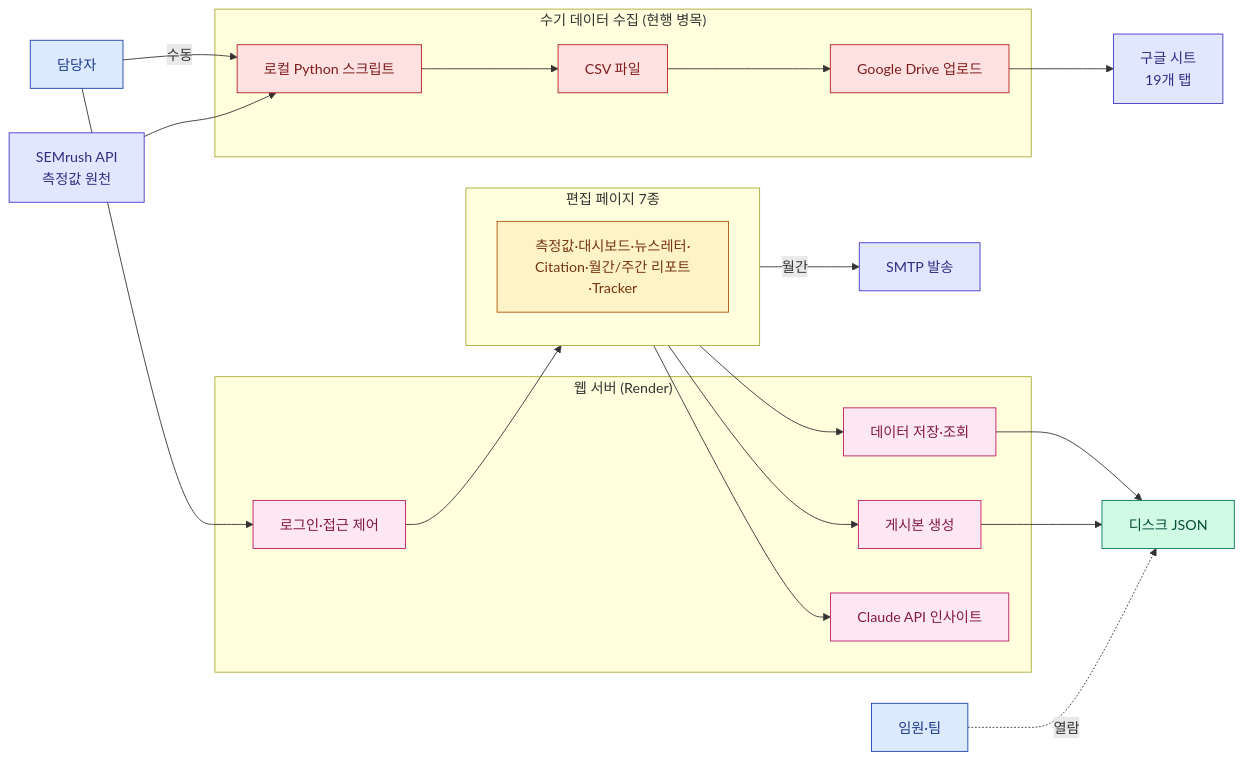
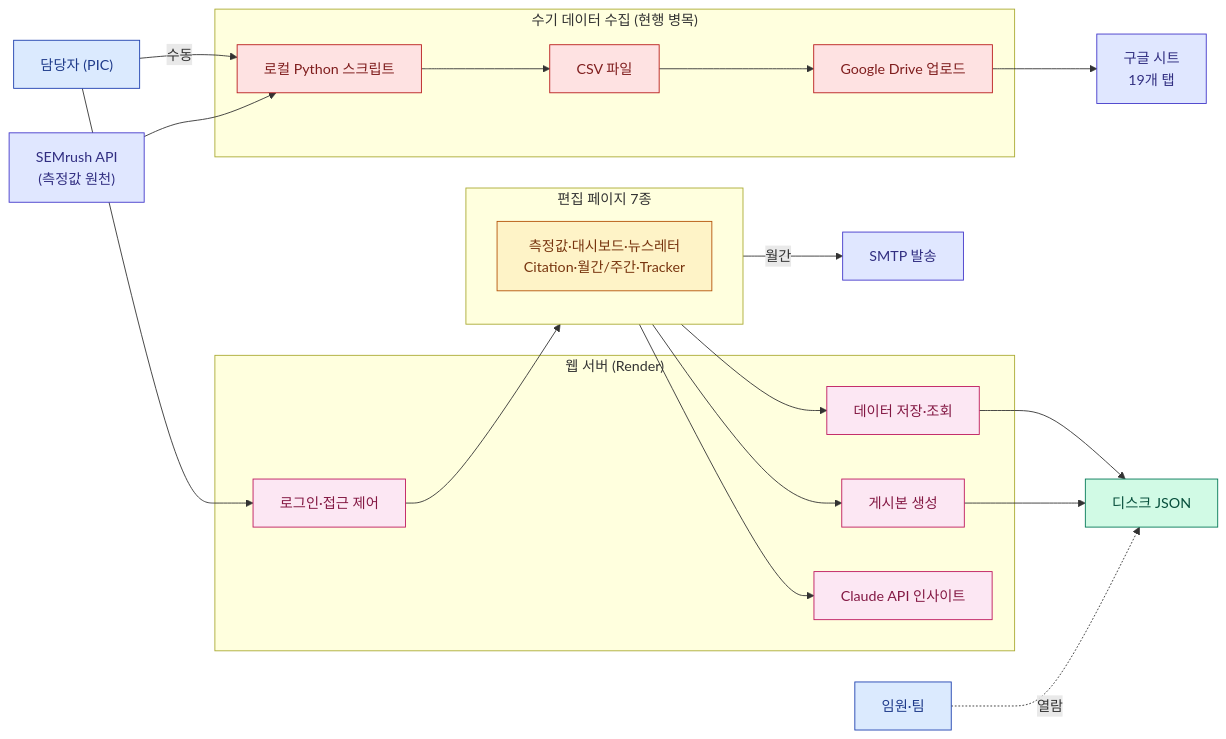
Before and after one commit to mts8787-droid/my-geo-newsletter: the first of 2 diagrams in docs/ADMIN_PLAN.md, drawn with Mermaid. The commit also changed other lines of this file and 1 other file, not shown here.

````diff
--- a/docs/ADMIN_PLAN.md
+++ b/docs/ADMIN_PLAN.md
@@ -26,44 +26,44 @@
 ```mermaid
 flowchart LR
   classDef user fill:#DBEAFE,stroke:#1E40AF,color:#1E3A8A
   classDef manual fill:#FEE2E2,stroke:#B91C1C,color:#7F1D1D
   classDef edit fill:#FEF3C7,stroke:#B45309,color:#78350F
   classDef web fill:#FCE7F3,stroke:#BE185D,color:#831843
   classDef store fill:#D1FAE5,stroke:#047857,color:#064E3B
   classDef ext fill:#E0E7FF,stroke:#4338CA,color:#312E81
 
-  PIC[담당자]:::user
-  Exec[임원·팀]:::user
-  SEM[SEMrush API<br/>측정값 원천]:::ext
+  PIC["담당자 (PIC)"]:::user
+  Exec["임원·팀"]:::user
+  SEM["SEMrush API<br/>(측정값 원천)"]:::ext
 
   subgraph Manual["수기 데이터 수집 (현행 병목)"]
-    Py[로컬 Python 스크립트]:::manual
-    CSV[CSV 파일]:::manual
-    Drive[Google Drive 업로드]:::manual
+    Py["로컬 Python 스크립트"]:::manual
+    CSV["CSV 파일"]:::manual
+    Drive["Google Drive 업로드"]:::manual
   end
 
-  GS[구글 시트<br/>19개 탭]:::ext
+  GS["구글 시트<br/>19개 탭"]:::ext
 
   subgraph Editor["편집 페이지 7종"]
-    EditAll[측정값·대시보드·뉴스레터·<br/>Citation·월간/주간 리포트·Tracker]:::edit
+    EditAll["측정값·대시보드·뉴스레터<br/>Citation·월간/주간·Tracker"]:::edit
   end
 
   subgraph Web["웹 서버 (Render)"]
-    Auth[로그인·접근 제어]:::web
-    API[데이터 저장·조회]:::web
-    Pub[게시본 생성]:::web
-    AI[Claude API 인사이트]:::web
+    Auth["로그인·접근 제어"]:::web
+    API["데이터 저장·조회"]:::web
+    Pub["게시본 생성"]:::web
+    AI["Claude API 인사이트"]:::web
   end
 
-  Files[디스크 JSON]:::store
-  Mail[SMTP 발송]:::ext
+  Files["디스크 JSON"]:::store
+  Mail["SMTP 발송"]:::ext
 
   PIC -- 수동 --> Py
   SEM --> Py --> CSV --> Drive --> GS
   PIC --> Auth --> Editor
   Editor --> API --> Files
   Editor --> AI
   Editor --> Pub --> Files
   Editor -- 월간 --> Mail
   Exec -. 열람 .-> Files
 ```
````
